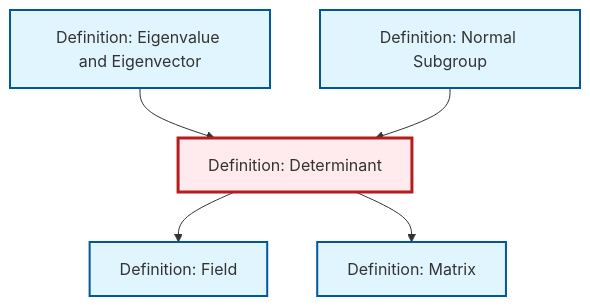
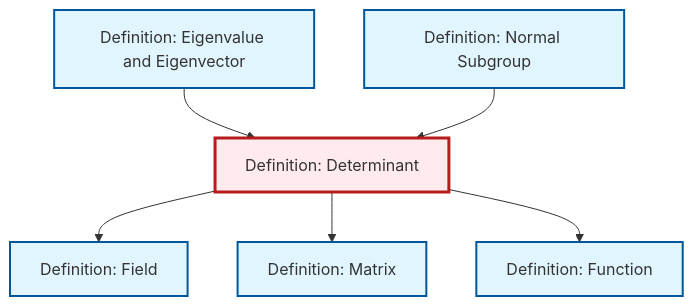
One commit to RK0429/ModernMath changed the diagram in content/en/algebra/def-determinant.qmd. Above: the diagram before and after it, drawn with Mermaid. The commit also changed 554 other files, not shown here.

````diff
--- a/content/en/algebra/def-determinant.qmd
+++ b/content/en/algebra/def-determinant.qmd
@@ -80,23 +80,26 @@
 ```{mermaid}
 %%| fig-cap: "Local dependency graph"
 graph TD
     classDef definition fill:#e1f5fe,stroke:#01579b,stroke-width:2px
     classDef theorem fill:#f3e5f5,stroke:#4a148c,stroke-width:2px
     classDef axiom fill:#fff3e0,stroke:#e65100,stroke-width:2px
     classDef example fill:#e8f5e9,stroke:#1b5e20,stroke-width:2px
     classDef current fill:#ffebee,stroke:#b71c1c,stroke-width:3px
     def-field["Definition: Field"]:::definition
+    def-matrix["Definition: Matrix"]:::definition
+    def-function["Definition: Function"]:::definition
+    def-normal-subgroup["Definition: Normal Subgroup"]:::definition
     def-determinant["Definition: Determinant"]:::definition
-    def-normal-subgroup["Definition: Normal Subgroup"]:::definition
     def-eigenvalue-eigenvector["Definition: Eigenvalue and Eigenvector"]:::definition
-    def-matrix["Definition: Matrix"]:::definition
     def-determinant --> def-field
     def-eigenvalue-eigenvector --> def-determinant
     def-determinant --> def-matrix
+    def-determinant --> def-function
     def-normal-subgroup --> def-determinant
     class def-determinant current
     click def-field "def-field.html" "Go to Field definition"
+    click def-matrix "def-matrix.html" "Go to Matrix definition"
+    click def-function "def-function.html" "Go to Function definition"
     click def-normal-subgroup "def-normal-subgroup.html" "Go to Normal Subgroup definition"
     click def-eigenvalue-eigenvector "def-eigenvalue-eigenvector.html" "Go to Eigenvalue and Eigenvector definition"
-    click def-matrix "def-matrix.html" "Go to Matrix definition"
 ```
````
